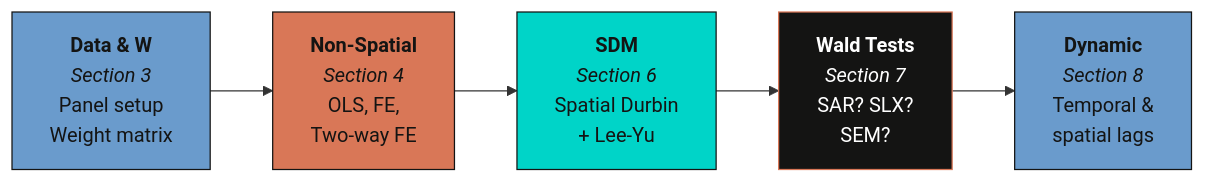
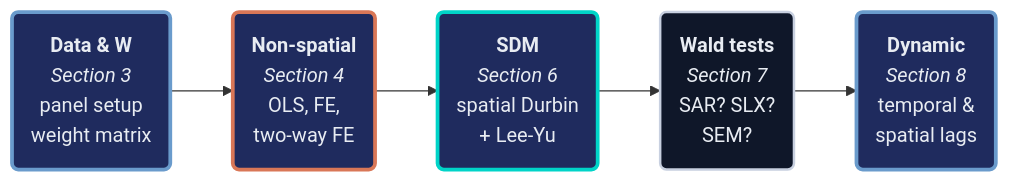
The first of 3 diagrams in content/post/stata_sp_regression_panel/index.md (cmg777/starter-academic-v501), drawn with Mermaid before and after one commit. The commit also changed other lines of this file and 10 other files, not shown here.

First line of the commit message:
content(mermaid): restyle flowcharts in Stata posts (batch 2 of 2) and the EM publication (EN/ES/JA); add log

````diff
--- a/content/post/stata_sp_regression_panel/index.md
+++ b/content/post/stata_sp_regression_panel/index.md
@@ -241,19 +241,21 @@
 ```mermaid
 graph LR
-    A["<b>Data & W</b><br/><i>Section 3</i><br/>Panel setup<br/>Weight matrix"]
-    B["<b>Non-Spatial</b><br/><i>Section 4</i><br/>OLS, FE,<br/>Two-way FE"]
-    C["<b>SDM</b><br/><i>Section 6</i><br/>Spatial Durbin<br/>+ Lee-Yu"]
-    D["<b>Wald Tests</b><br/><i>Section 7</i><br/>SAR? SLX?<br/>SEM?"]
-    E["<b>Dynamic</b><br/><i>Section 8</i><br/>Temporal &<br/>spatial lags"]
+    A("<b>Data & W</b><br/><i>Section 3</i><br/>panel setup<br/>weight matrix")
+    B("<b>Non-spatial</b><br/><i>Section 4</i><br/>OLS, FE,<br/>two-way FE")
+    C("<b>SDM</b><br/><i>Section 6</i><br/>spatial Durbin<br/>+ Lee-Yu")
+    D("<b>Wald tests</b><br/><i>Section 7</i><br/>SAR? SLX?<br/>SEM?")
+    E("<b>Dynamic</b><br/><i>Section 8</i><br/>temporal &<br/>spatial lags")
 
     A --> B
     B --> C
     C --> D
     D --> E
-
-    style A fill:#6a9bcc,stroke:#141413,color:#141413
-    style B fill:#d97757,stroke:#141413,color:#141413
-    style C fill:#00d4c8,stroke:#141413,color:#141413
-    style D fill:#141413,stroke:#d97757,color:#fff
-    style E fill:#6a9bcc,stroke:#141413,color:#141413
+    classDef blue fill:#1f2b5e,stroke:#6a9bcc,stroke-width:3px,color:#e8ecf2
+    classDef orange fill:#1f2b5e,stroke:#d97757,stroke-width:3px,color:#e8ecf2
+    classDef teal fill:#1f2b5e,stroke:#00d4c8,stroke-width:3px,color:#e8ecf2
+    classDef anchor fill:#0f1729,stroke:#c8d0e0,stroke-width:2px,color:#e8ecf2
+    class A,E blue
+    class B orange
+    class C teal
+    class D anchor
 ```
````
